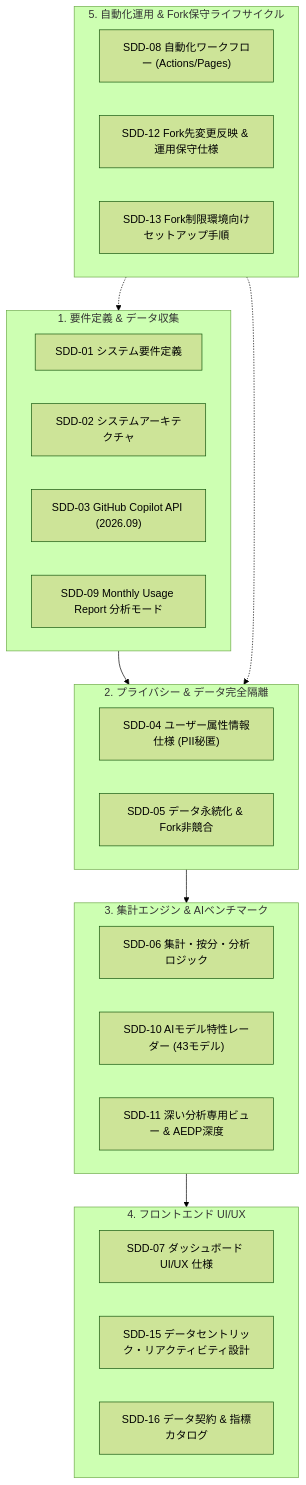
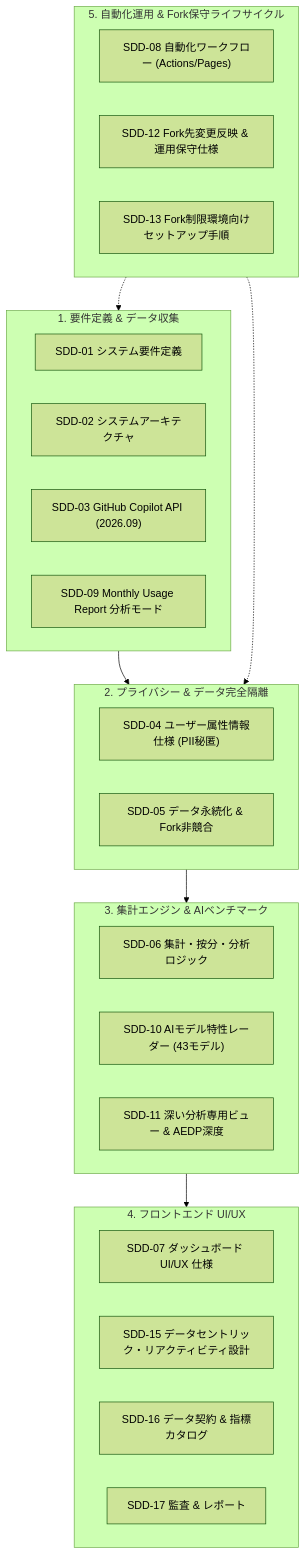
The diagram in docs/specifications/README.ja.md (sun-flat-yamada/github-copilot-dashboard), drawn with Mermaid (forest theme) before and after one commit. The commit also changed other lines of this file and 7 other files, not shown here.

````diff
--- a/docs/specifications/README.ja.md
+++ b/docs/specifications/README.ja.md
@@ -13,36 +13,37 @@
 ```mermaid
 flowchart TD
     subgraph D1["1. 要件定義 & データ収集"]
         S01["SDD-01 システム要件定義"]
         S02["SDD-02 システムアーキテクチャ"]
         S03["SDD-03 GitHub Copilot API (2026.09)"]
         S09["SDD-09 Monthly Usage Report 分析モード"]
     end
 
     subgraph D2["2. プライバシー & データ完全隔離"]
         S04["SDD-04 ユーザー属性情報仕様 (PII秘匿)"]
         S05["SDD-05 データ永続化 & Fork非競合"]
     end
 
     subgraph D3["3. 集計エンジン & AIベンチマーク"]
         S06["SDD-06 集計・按分・分析ロジック"]
         S10["SDD-10 AIモデル特性レーダー (43モデル)"]
         S11["SDD-11 深い分析専用ビュー & AEDP深度"]
     end
 
     subgraph D4["4. フロントエンド UI/UX"]
         S07["SDD-07 ダッシュボード UI/UX 仕様"]
         S15["SDD-15 データセントリック・リアクティビティ設計"]
         S16["SDD-16 データ契約 & 指標カタログ"]
+        S17["SDD-17 監査 & レポート"]
     end
 
     subgraph D5["5. 自動化運用 & Fork保守ライフサイクル"]
         S08["SDD-08 自動化ワークフロー (Actions/Pages)"]
         S12["SDD-12 Fork先変更反映 & 運用保守仕様"]
         S13["SDD-13 Fork制限環境向けセットアップ手順"]
     end
 
     D1 --> D2 --> D3 --> D4
     D5 -.-> D1
     D5 -.-> D2
 ```
````
